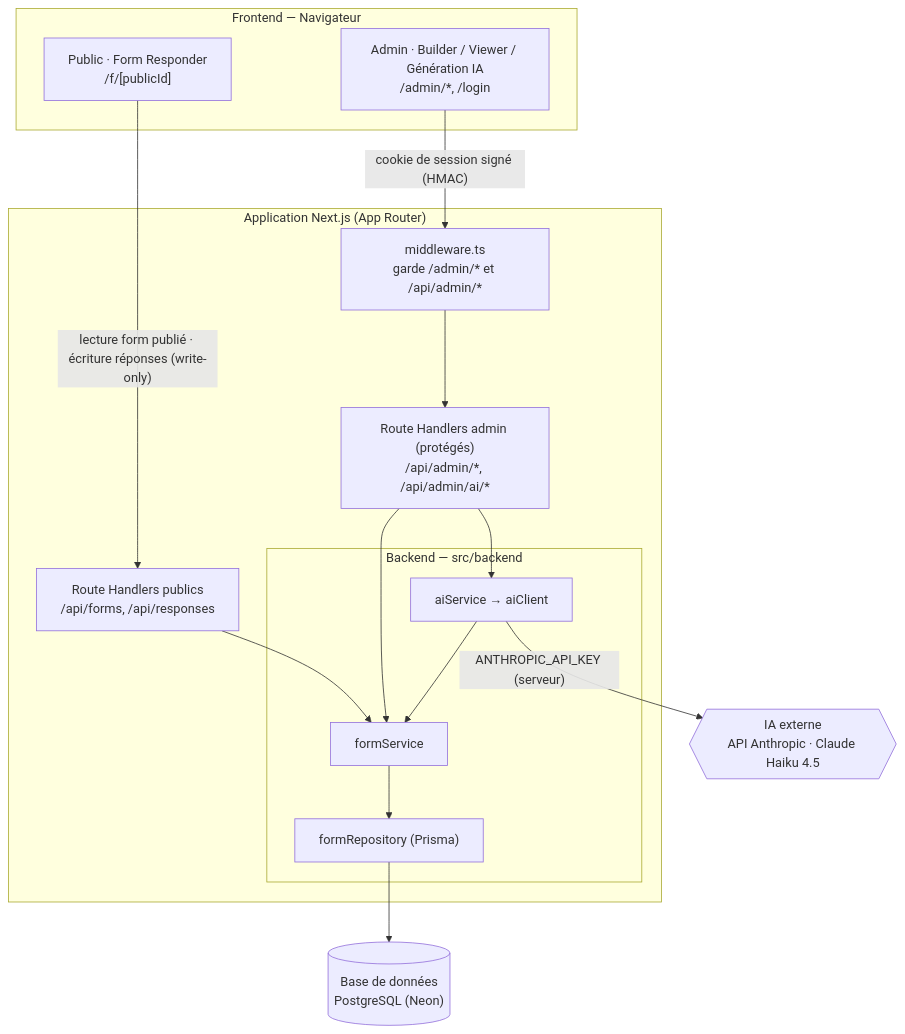
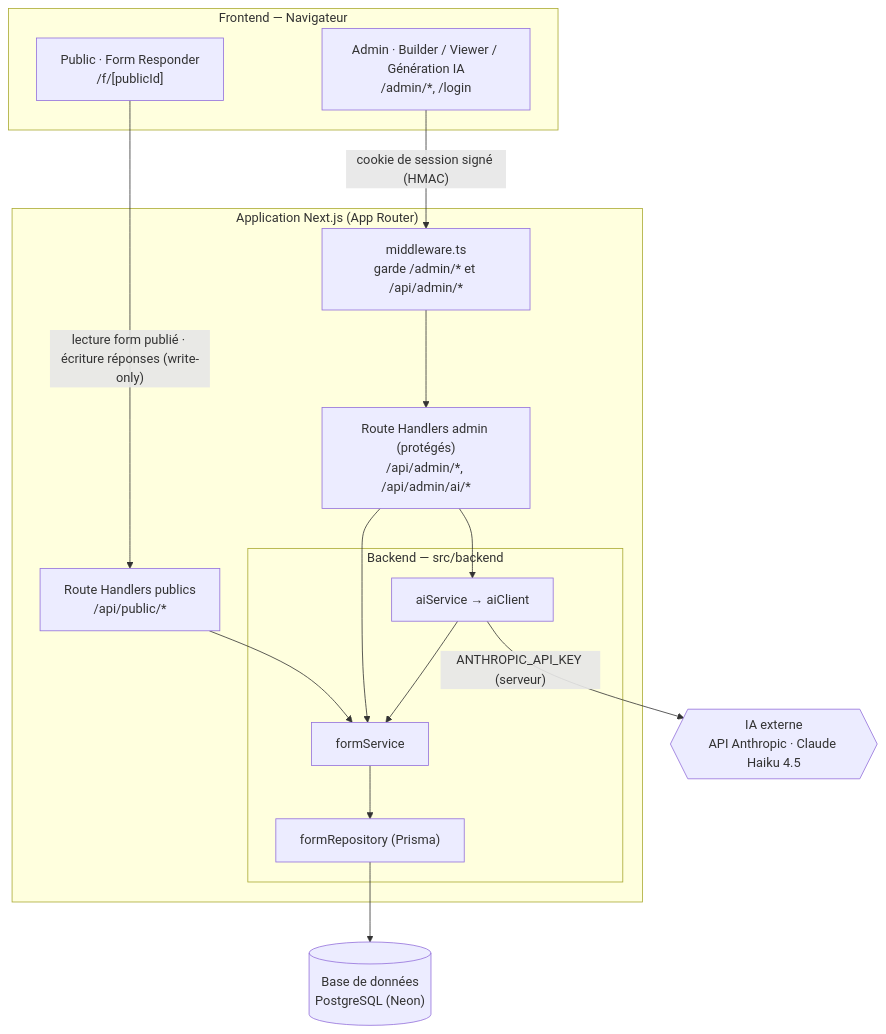
The diagram in README.md (Jerome-Marichez/cleverform), drawn with Mermaid before and after one commit. The commit also changed other lines of this file, not shown here.

````diff
--- a/README.md
+++ b/README.md
@@ -47,32 +58,32 @@
 ```mermaid
 flowchart TB
     subgraph client["Frontend — Navigateur"]
         public["Public · Form Responder<br/>/f/[publicId]"]
         admin["Admin · Builder / Viewer / Génération IA<br/>/admin/*, /login"]
     end
 
     subgraph app["Application Next.js (App Router)"]
         mw["middleware.ts<br/>garde /admin/* et /api/admin/*"]
-        apiPub["Route Handlers publics<br/>/api/forms, /api/responses"]
+        apiPub["Route Handlers publics<br/>/api/public/*"]
         apiAdmin["Route Handlers admin (protégés)<br/>/api/admin/*, /api/admin/ai/*"]
         subgraph back["Backend — src/backend"]
             formSvc["formService"]
             aiSvc["aiService → aiClient"]
             repo["formRepository (Prisma)"]
         end
     end
 
     db[("Base de données<br/>PostgreSQL (Neon)")]
     claude{{"IA externe<br/>API Anthropic · Claude Haiku 4.5"}}
 
     public -->|"lecture form publié · écriture réponses (write-only)"| apiPub
     admin -->|"cookie de session signé (HMAC)"| mw
     mw --> apiAdmin
     apiPub --> formSvc
     apiAdmin --> formSvc
     apiAdmin --> aiSvc
     formSvc --> repo
     aiSvc --> formSvc
     aiSvc -->|"ANTHROPIC_API_KEY (serveur)"| claude
     repo --> db
 ```
````
